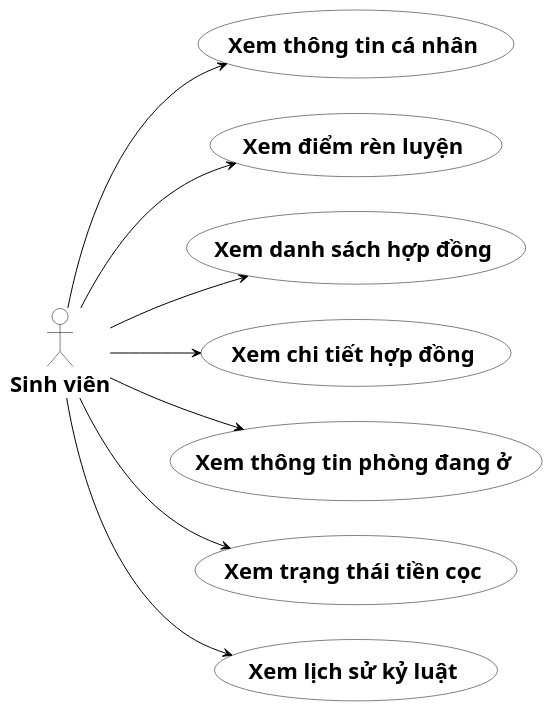
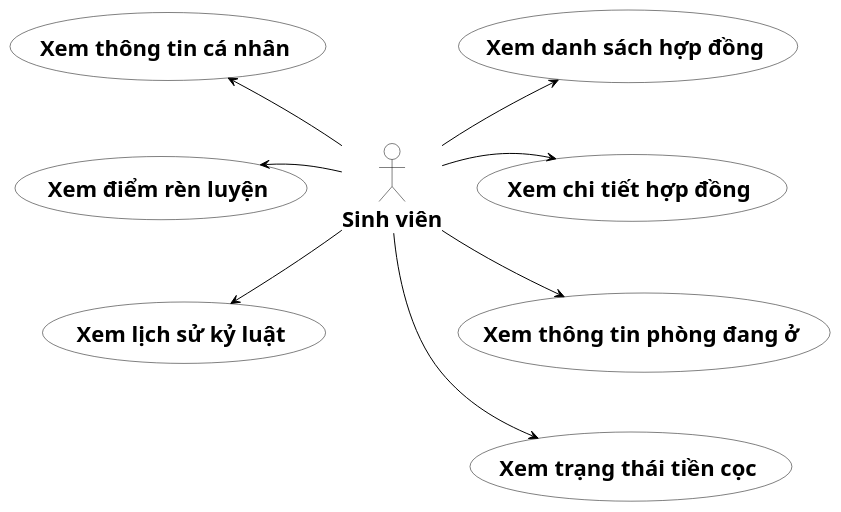
The diagram in diagrams/usecase_phanra/uc_sinhvien_thongtin.puml (s0nbuildtech287/dormitory-frontend), drawn with PlantUML before and after one commit. The commit also changed 1 other file, not shown here.

```diff
--- a/diagrams/usecase_phanra/uc_sinhvien_thongtin.puml
+++ b/diagrams/usecase_phanra/uc_sinhvien_thongtin.puml
@@ -1,32 +1,51 @@
-@startuml "UC Phân rã - Sinh viên: Thông tin cá nhân & Hợp đồng"
+@startuml
 skinparam defaultFontSize 22
 skinparam defaultFontName "Times New Roman"
-left to right direction
 skinparam usecase {
   BackgroundColor White
   BorderColor Black
-  ArrowColor Black
 }
 skinparam actor {
   BackgroundColor White
   BorderColor Black
 }
+skinparam ArrowColor Black
+skinparam ArrowThickness 1
+skinparam shadowing false
 
 actor "<b>Sinh viên</b>" as SV
 
-usecase "<b>Xem thông tin cá nhân</b>" as UC1
-usecase "<b>Xem điểm rèn luyện</b>" as UC2
-usecase "<b>Xem danh sách hợp đồng</b>" as UC3
-usecase "<b>Xem chi tiết hợp đồng</b>" as UC4
-usecase "<b>Xem thông tin phòng đang ở</b>" as UC5
-usecase "<b>Xem trạng thái tiền cọc</b>" as UC6
-usecase "<b>Xem lịch sử kỷ luật</b>" as UC7
+together {
+  usecase "<b>Xem thông tin cá nhân</b>" as UC1
+  usecase "<b>Xem điểm rèn luyện</b>" as UC2
+  usecase "<b>Xem lịch sử kỷ luật</b>" as UC7
+}
 
-SV --> UC1
-SV --> UC2
-SV --> UC3
+together {
+  usecase "<b>Xem danh sách hợp đồng</b>" as UC3
+  usecase "<b>Xem chi tiết hợp đồng</b>" as UC4
+  usecase "<b>Xem thông tin phòng đang ở</b>" as UC5
+  usecase "<b>Xem trạng thái tiền cọc</b>" as UC6
+}
+
+UC1 -[hidden]-> UC2
+UC2 -[hidden]-> UC7
+
+UC3 -[hidden]-> UC4
+UC4 -[hidden]-> UC5
+UC5 -[hidden]-> UC6
+
+UC1 -[hidden]right-> UC3
+UC2 -[hidden]right-> SV
+SV -[hidden]right-> UC4
+UC7 -[hidden]right-> UC5
+
+UC1 <-- SV
+UC2 <-- SV
+SV --> UC7
+
+UC3 <-- SV
 SV --> UC4
 SV --> UC5
 SV --> UC6
-SV --> UC7
 @enduml
```
